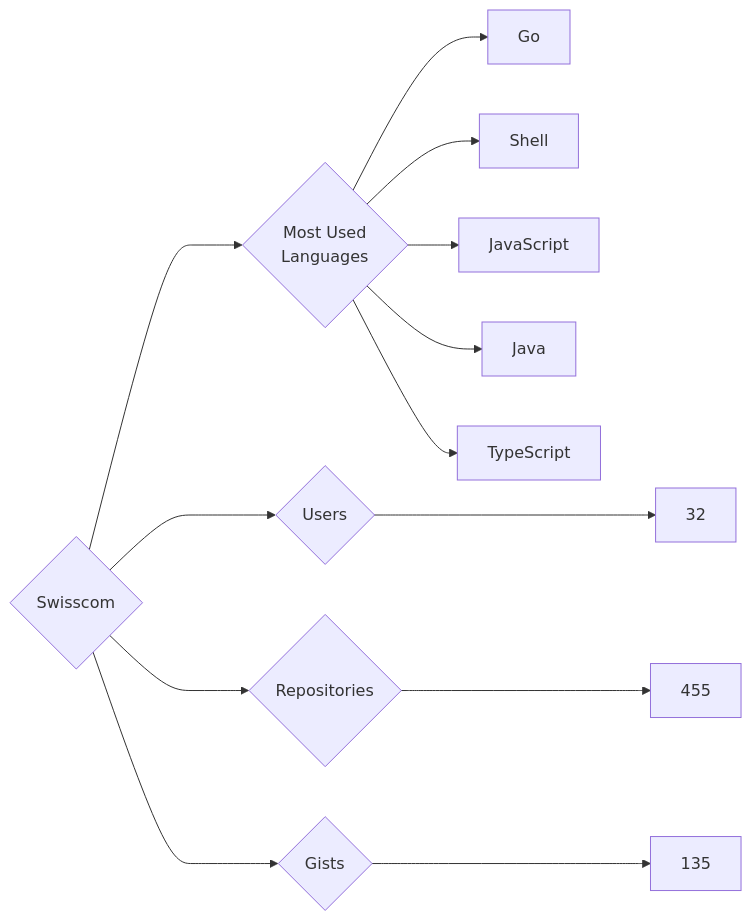
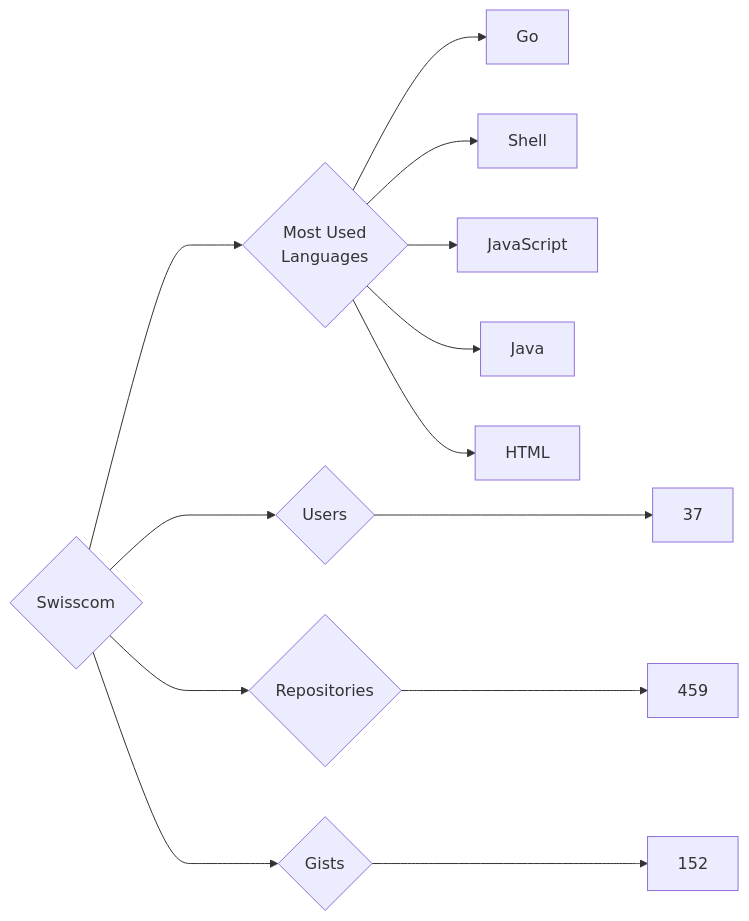
One commit to trickest/insiders changed the diagram in targets/Swisscom/README.md. Above: the diagram before and after it, drawn with Mermaid. The commit also changed 799 other files, not shown here.

````diff
--- a/targets/Swisscom/README.md
+++ b/targets/Swisscom/README.md
@@ -3,13 +3,13 @@
 ```mermaid
 graph LR
 COMPANY_NAME{Swisscom}
-COMPANY_NAME ---> U{Users} ---> UN[32]
-COMPANY_NAME ---> R{Repositories} ---> RN[455]
-COMPANY_NAME ---> G{Gists} ---> GN[135]
+COMPANY_NAME ---> U{Users} ---> UN[37]
+COMPANY_NAME ---> R{Repositories} ---> RN[459]
+COMPANY_NAME ---> G{Gists} ---> GN[152]
 COMPANY_NAME ---> ML{Most Used<br>Languages}
 ML --> Go[Go]
 ML --> Shell[Shell]
 ML --> JavaScript[JavaScript]
 ML --> Java[Java]
-ML --> TypeScript[TypeScript]
+ML --> HTML[HTML]
 ```
````
